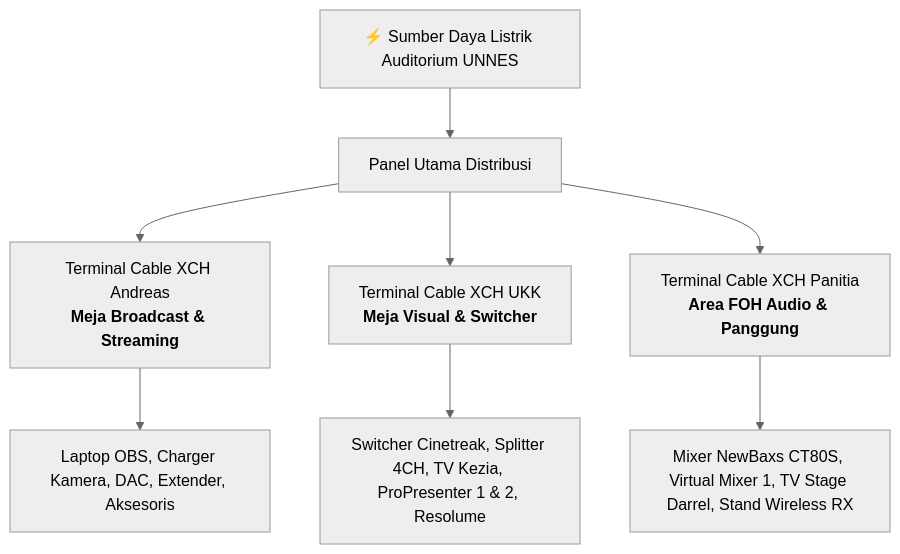
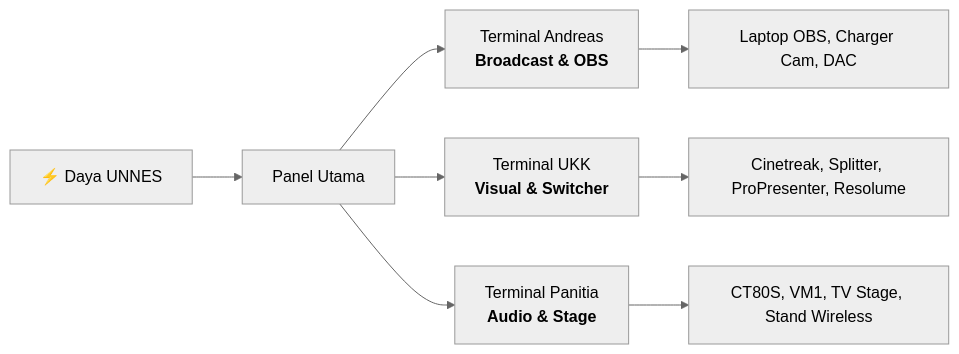
One commit to zzdree/ip26-production changed the eighth of 8 diagrams in README.md. Above: the diagram before and after it, drawn with Mermaid (neutral theme). The commit also changed other lines of this file, not shown here.

Commit message:
docs: update README.md with Web Command Portal architecture and 6 structured sub-systems

````diff
--- a/README.md
+++ b/README.md
@@ -271,12 +294,12 @@
 ```mermaid
-flowchart TD
-    SOURCE[⚡ Sumber Daya Listrik Auditorium UNNES] --> MAIN_PANEL[Panel Utama Distribusi]
+flowchart LR
+    SOURCE["⚡ Daya UNNES"] --> MAIN_PANEL["Panel Utama"]
     
-    MAIN_PANEL --> T1[Terminal Cable XCH Andreas<br/><b>Meja Broadcast & Streaming</b>]
-    MAIN_PANEL --> T2[Terminal Cable XCH UKK<br/><b>Meja Visual & Switcher</b>]
-    MAIN_PANEL --> T3[Terminal Cable XCH Panitia<br/><b>Area FOH Audio & Panggung</b>]
+    MAIN_PANEL --> T1["Terminal Andreas<br/><b>Broadcast & OBS</b>"]
+    MAIN_PANEL --> T2["Terminal UKK<br/><b>Visual & Switcher</b>"]
+    MAIN_PANEL --> T3["Terminal Panitia<br/><b>Audio & Stage</b>"]
 
-    T1 --> D_BROADCAST[Laptop OBS, Charger Kamera, DAC, Extender, Aksesoris]
-    T2 --> D_VISUAL[Switcher Cinetreak, Splitter 4CH, TV Kezia, ProPresenter 1 & 2, Resolume]
-    T3 --> D_AUDIO[Mixer NewBaxs CT80S, Virtual Mixer 1, TV Stage Darrel, Stand Wireless RX]
+    T1 --> D_BROADCAST["Laptop OBS, Charger Cam, DAC"]
+    T2 --> D_VISUAL["Cinetreak, Splitter, ProPresenter, Resolume"]
+    T3 --> D_AUDIO["CT80S, VM1, TV Stage, Stand Wireless"]
 ```
````
